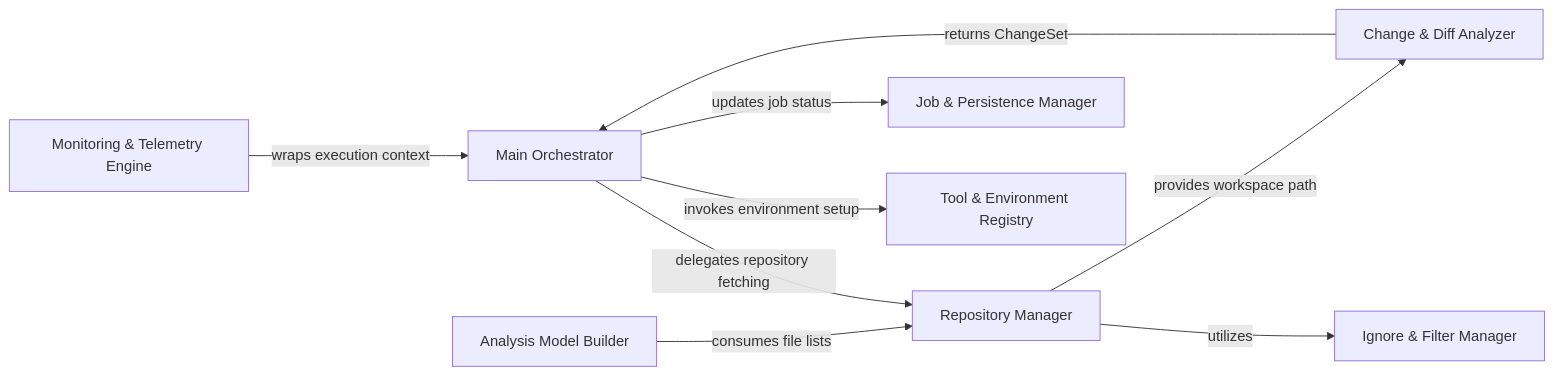
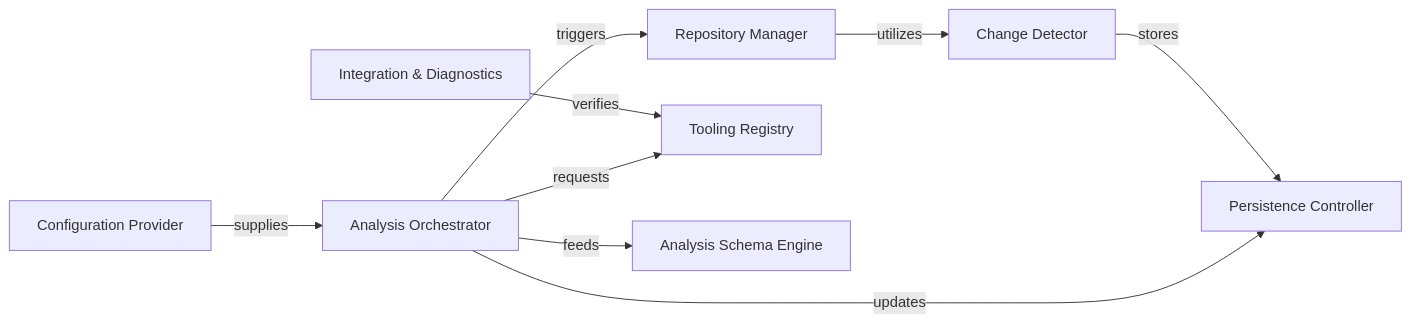
The diagram in .codeboarding/Application_Orchestrator_Repository_Manager.md (CodeBoarding/CodeBoarding), drawn with Mermaid before and after one commit. The commit also changed other lines of this file and 6 other files, not shown here.

````diff
--- a/.codeboarding/Application_Orchestrator_Repository_Manager.md
+++ b/.codeboarding/Application_Orchestrator_Repository_Manager.md
@@ -1,19 +1,19 @@
 ```mermaid
 graph LR
-    Main_Orchestrator["Main Orchestrator"]
+    Analysis_Orchestrator["Analysis Orchestrator"]
     Repository_Manager["Repository Manager"]
-    Change_Diff_Analyzer["Change & Diff Analyzer"]
-    Tool_Environment_Registry["Tool & Environment Registry"]
-    Analysis_Model_Builder["Analysis Model Builder"]
-    Job_Persistence_Manager["Job & Persistence Manager"]
-    Monitoring_Telemetry_Engine["Monitoring & Telemetry Engine"]
-    Ignore_Filter_Manager["Ignore & Filter Manager"]
-    Main_Orchestrator -- "delegates repository fetching" --> Repository_Manager
-    Main_Orchestrator -- "invokes environment setup" --> Tool_Environment_Registry
-    Main_Orchestrator -- "updates job status" --> Job_Persistence_Manager
-    Repository_Manager -- "utilizes" --> Ignore_Filter_Manager
-    Repository_Manager -- "provides workspace path" --> Change_Diff_Analyzer
-    Change_Diff_Analyzer -- "returns ChangeSet" --> Main_Orchestrator
-    Analysis_Model_Builder -- "consumes file lists" --> Repository_Manager
-    Monitoring_Telemetry_Engine -- "wraps execution context" --> Main_Orchestrator
+    Change_Detector["Change Detector"]
+    Tooling_Registry["Tooling Registry"]
+    Analysis_Schema_Engine["Analysis Schema Engine"]
+    Persistence_Controller["Persistence Controller"]
+    Configuration_Provider["Configuration Provider"]
+    Integration_Diagnostics["Integration & Diagnostics"]
+    Analysis_Orchestrator -- "triggers" --> Repository_Manager
+    Repository_Manager -- "utilizes" --> Change_Detector
+    Analysis_Orchestrator -- "requests" --> Tooling_Registry
+    Integration_Diagnostics -- "verifies" --> Tooling_Registry
+    Analysis_Orchestrator -- "feeds" --> Analysis_Schema_Engine
+    Analysis_Orchestrator -- "updates" --> Persistence_Controller
+    Configuration_Provider -- "supplies" --> Analysis_Orchestrator
+    Change_Detector -- "stores" --> Persistence_Controller
 ```
````
